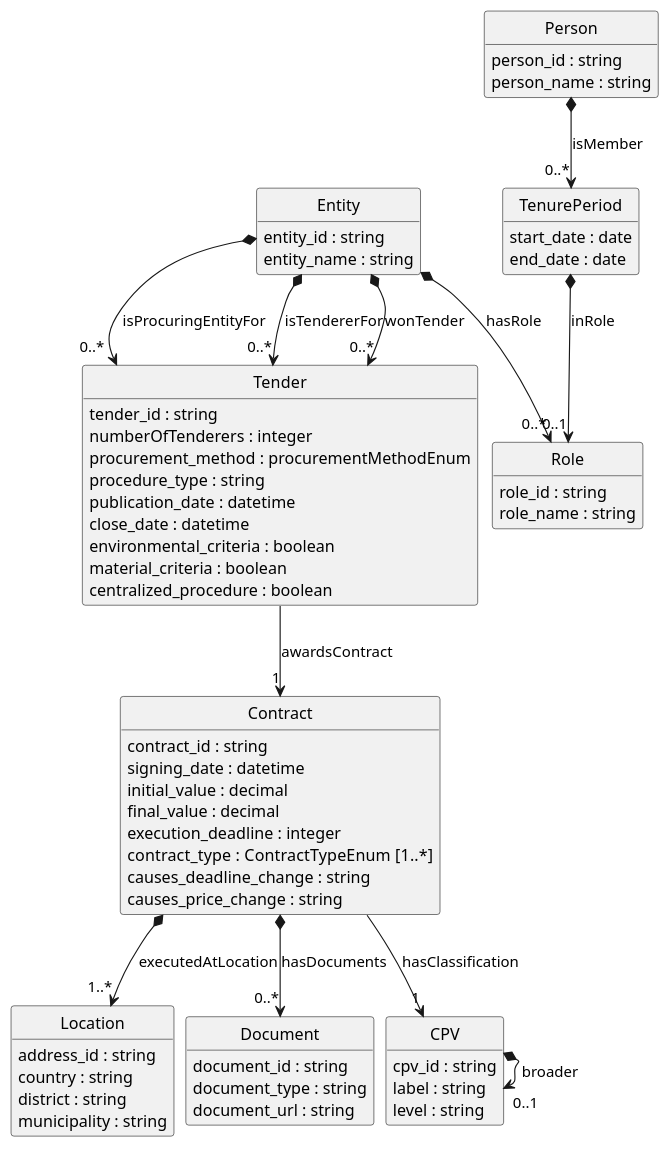
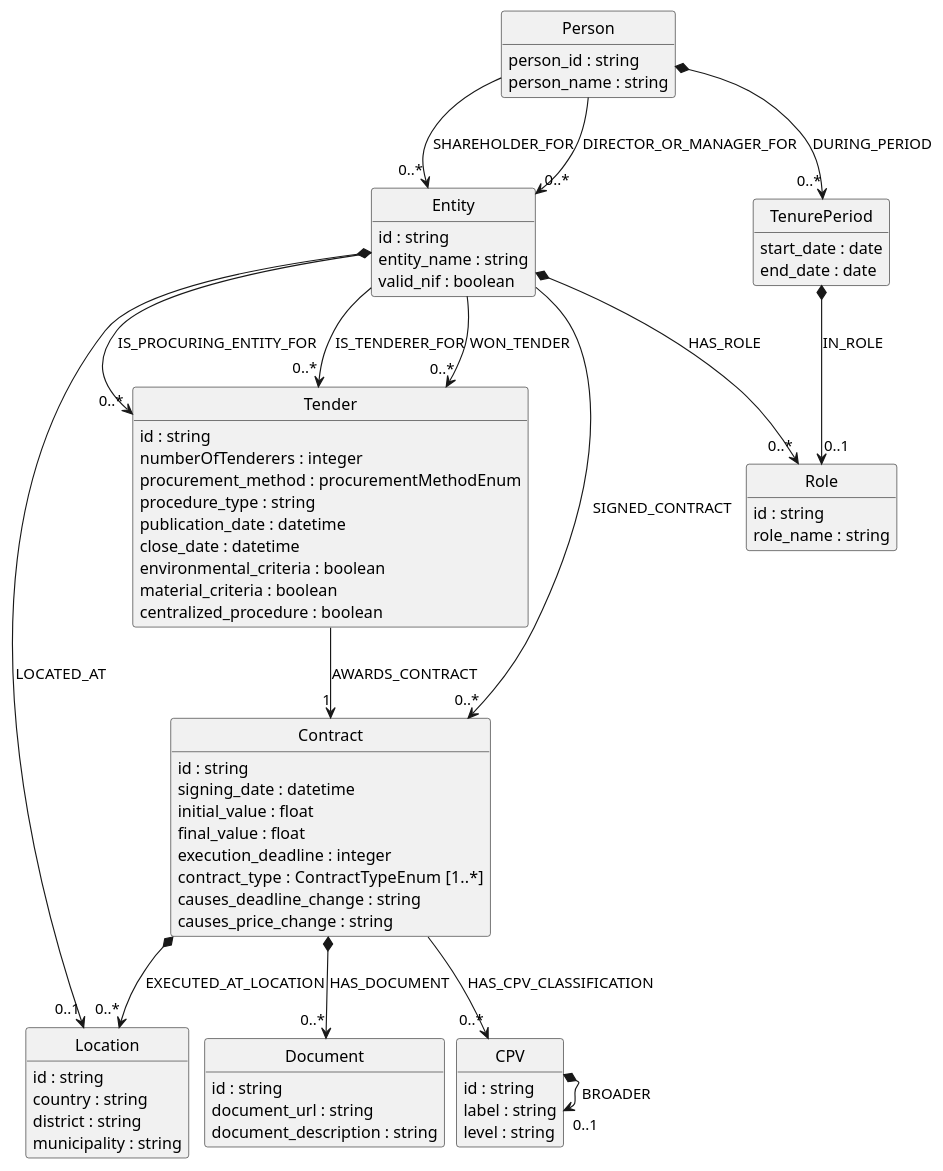
Before and after one commit to rafascborges/KNOW-NET-COMPET: the diagram in schema.puml, drawn with PlantUML. The commit also changed 20 other files, not shown here.

Commit message:
feat: Improve LinkML schema definition, Neo4j constraint generation, and new graph mappers, alongside data processing and dependency management updates.

```diff
--- a/schema.puml
+++ b/schema.puml
@@ -1,69 +1,74 @@
 @startuml
 skinparam nodesep 10
 hide circle
 hide empty members
 class "TenurePeriod" [[{None}]] {
     {field} start_date : date  
     {field} end_date : date  
 }
 class "Role" [[{None}]] {
-    {field} role_id : string  
+    {field} id : string  
     {field} role_name : string  
 }
 class "Person" [[{None}]] {
     {field} person_id : string  
     {field} person_name : string  
 }
-"TenurePeriod" *--> "0..1" "Role" : "inRole"
-"Person" *--> "0..*" "TenurePeriod" : "isMember"
+"TenurePeriod" *--> "0..1" "Role" : "IN_ROLE"
+"Person" *--> "0..*" "TenurePeriod" : "DURING_PERIOD"
 class "Tender" [[{None}]] {
-    {field} tender_id : string  
+    {field} id : string  
     {field} numberOfTenderers : integer  
     {field} procurement_method : procurementMethodEnum  
     {field} procedure_type : string  
     {field} publication_date : datetime  
     {field} close_date : datetime  
     {field} environmental_criteria : boolean  
     {field} material_criteria : boolean  
     {field} centralized_procedure : boolean  
 }
 class "Contract" [[{None}]] {
-    {field} contract_id : string  
+    {field} id : string  
     {field} signing_date : datetime  
-    {field} initial_value : decimal  
-    {field} final_value : decimal  
+    {field} initial_value : float  
+    {field} final_value : float  
     {field} execution_deadline : integer  
     {field} contract_type : ContractTypeEnum  [1..*]
     {field} causes_deadline_change : string  
     {field} causes_price_change : string  
 }
 class "Entity" [[{None}]] {
-    {field} entity_id : string  
+    {field} id : string  
     {field} entity_name : string  
+    {field} valid_nif : boolean  
 }
-"Tender" --> "1" "Contract" : "awardsContract"
-"Entity" *--> "0..*" "Tender" : "isProcuringEntityFor"
-"Entity" *--> "0..*" "Tender" : "isTendererFor"
-"Entity" *--> "0..*" "Tender" : "wonTender"
-"Entity" *--> "0..*" "Role" : "hasRole"
+"Tender" --> "1" "Contract" : "AWARDS_CONTRACT"
+"Entity" --> "0..*" "Tender" : "IS_PROCURING_ENTITY_FOR"
+"Entity" --> "0..*" "Tender" : "IS_TENDERER_FOR"
+"Entity" --> "0..*" "Tender" : "WON_TENDER"
+"Entity" *--> "0..*" "Role" : "HAS_ROLE"
+"Person" --> "0..*" "Entity" : "SHAREHOLDER_FOR"
+"Person" --> "0..*" "Entity" : "DIRECTOR_OR_MANAGER_FOR"
 class "Location" [[{None}]] {
-    {field} address_id : string  
+    {field} id : string  
     {field} country : string  
     {field} district : string  
     {field} municipality : string  
 }
-"Contract" *--> "1..*" "Location" : "executedAtLocation"
+"Contract" *--> "0..*" "Location" : "EXECUTED_AT_LOCATION"
+"Entity" *--> "0..1" "Location" : "LOCATED_AT"
+"Entity" --> "0..*" "Contract" : "SIGNED_CONTRACT"
 class "Document" [[{None}]] {
-    {field} document_id : string  
-    {field} document_type : string  
+    {field} id : string  
     {field} document_url : string  
+    {field} document_description : string  
 }
-"Contract" *--> "0..*" "Document" : "hasDocuments"
+"Contract" *--> "0..*" "Document" : "HAS_DOCUMENT"
 class "CPV" [[{None}]] {
-    {field} cpv_id : string  
+    {field} id : string  
     {field} label : string  
     {field} level : string  
 }
-"Contract" --> "1" "CPV" : "hasClassification"
-"CPV" *--> "0..1" "CPV" : "broader"
+"Contract" --> "0..*" "CPV" : "HAS_CPV_CLASSIFICATION"
+"CPV" *--> "0..1" "CPV" : "BROADER"
 @enduml
```
